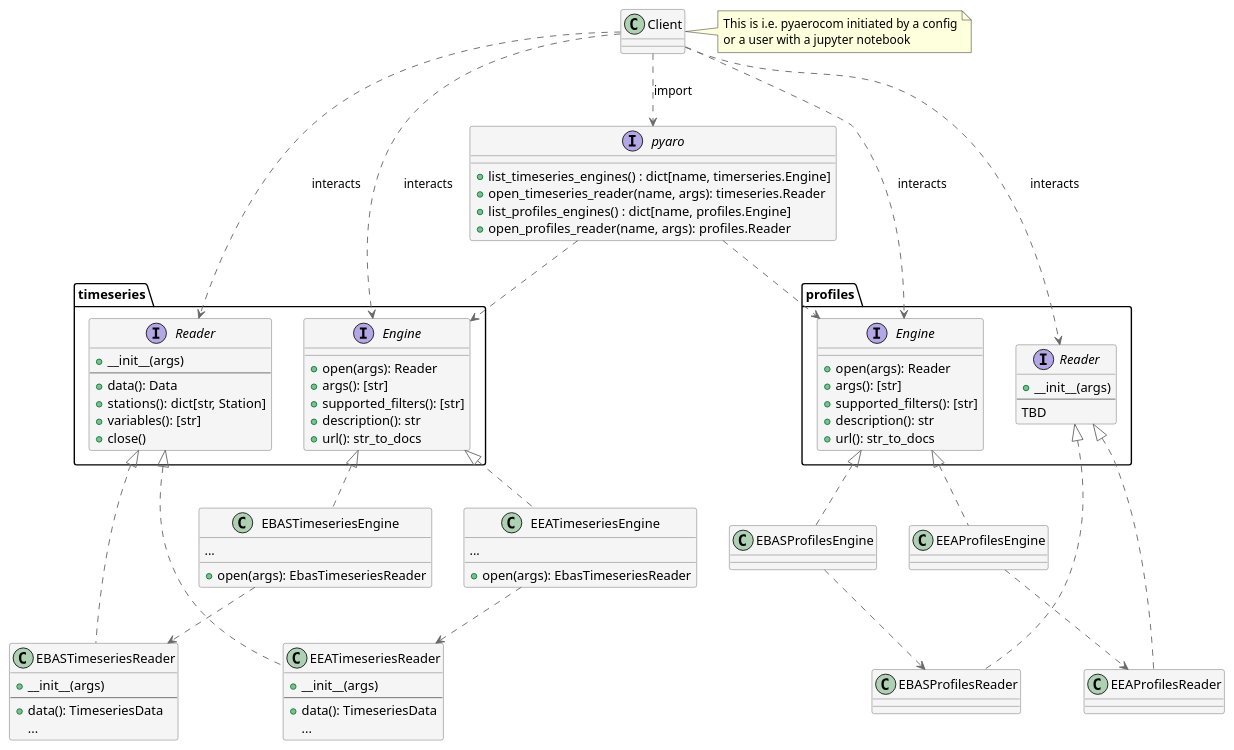
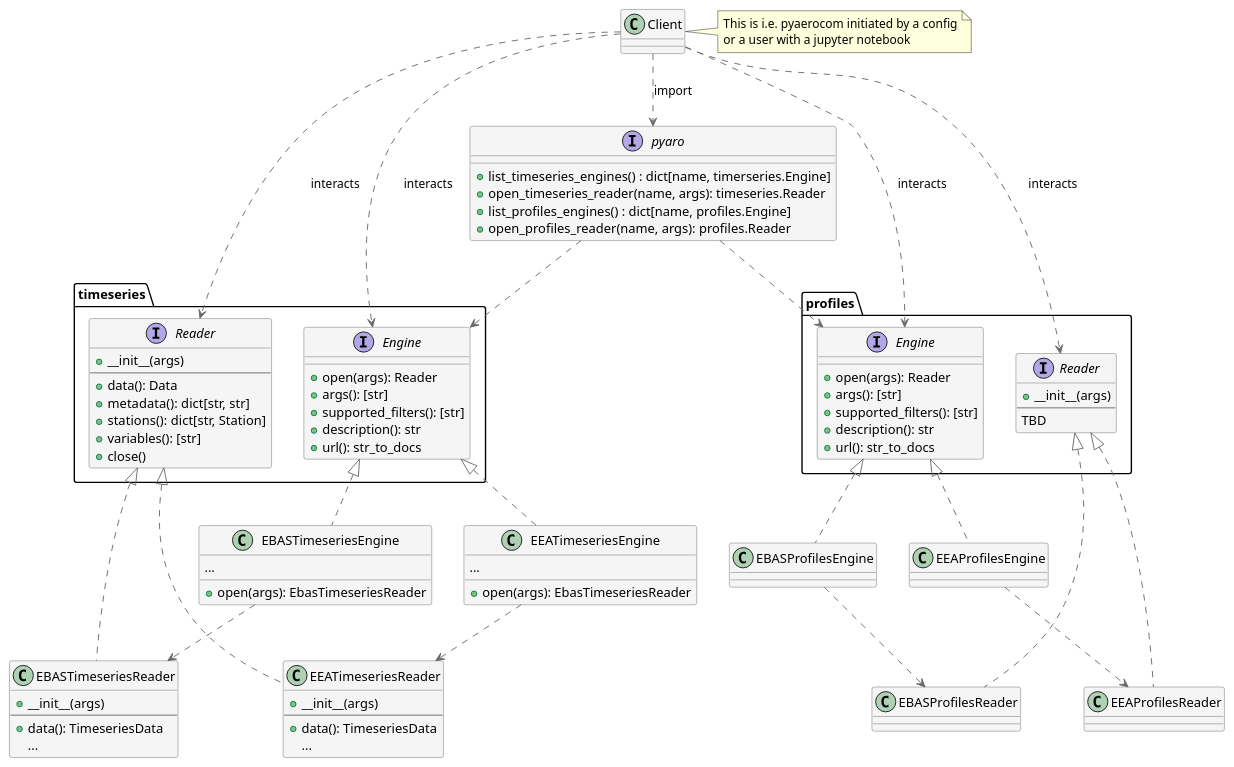
The diagram in docs/puml/ReaderFactory.puml (metno/pyaro), drawn with PlantUML before and after one commit. The commit also changed 2 other files, not shown here.

```diff
--- a/docs/puml/ReaderFactory.puml
+++ b/docs/puml/ReaderFactory.puml
@@ -1,114 +1,115 @@
 @startuml ReaderFactory
 
 skinparam class {
   backgroundColor whitesmoke
   arrowColor dimgrey
   borderColor dimgrey
 }
 
 ' Abstract Factory Patter
 ' Factory -> MeasurementNetwork
 
 class Client
 note right of Client
 This is i.e. pyaerocom initiated by a config
 or a user with a jupyter notebook
 end note
 
 interface pyaro {
   + list_timeseries_engines() : dict[name, timerseries.Engine]
   + open_timeseries_reader(name, args): timeseries.Reader
   + list_profiles_engines() : dict[name, profiles.Engine]
   + open_profiles_reader(name, args): profiles.Reader
 }
 
 interface timeseries.Engine {
   + open(args): Reader
   + args(): [str]
   + supported_filters(): [str]
   + description(): str
   + url(): str_to_docs
 }
 
 class EBASTimeseriesEngine {
   + open(args): EbasTimeseriesReader
   ...
 }
 
 class EEATimeseriesEngine {
   + open(args): EbasTimeseriesReader
   ...
 }
 
 interface timeseries.Reader {
   + __init__(args)
   --
   + data(): Data
+  + metadata(): dict[str, str]
   + stations(): dict[str, Station]
   + variables(): [str]
   + close()
 }
 
 class EBASTimeseriesReader {
   + __init__(args)
   --
   + data(): TimeseriesData
   ...
 }
 
 class EEATimeseriesReader {
   + __init__(args)
   --
   + data(): TimeseriesData
   ...
 }
 
 interface profiles.Engine {
   + open(args): Reader
   + args(): [str]
   + supported_filters(): [str]
   + description(): str
   + url(): str_to_docs
 }
 
 interface profiles.Reader {
   + __init__(args)
   --
   TBD
 }
 
 class EBASProfilesReader {
 }
 
 class EEAProfilesReader {
 }
 
 timeseries.Engine <|.. EBASTimeseriesEngine
 timeseries.Engine <|.. EEATimeseriesEngine
 
 timeseries.Reader <|.. EBASTimeseriesReader
 timeseries.Reader <|.. EEATimeseriesReader
 
 profiles.Engine <|.. EBASProfilesEngine
 profiles.Engine <|.. EEAProfilesEngine
 
 profiles.Reader <|.. EBASProfilesReader
 profiles.Reader <|.. EEAProfilesReader
 
 
 EEAProfilesEngine ..> EEAProfilesReader
 EEATimeseriesEngine ..> EEATimeseriesReader
 
 EBASProfilesEngine ..> EBASProfilesReader
 EBASTimeseriesEngine ..> EBASTimeseriesReader
 
 Client ..> pyaro: import
 pyaro ..> timeseries.Engine
 pyaro ..> profiles.Engine
 Client ..> timeseries.Engine: interacts
 Client ..> timeseries.Reader : interacts
 Client ..> profiles.Engine : interacts
 Client ..> profiles.Reader : interacts
 
 
 @enduml
```
